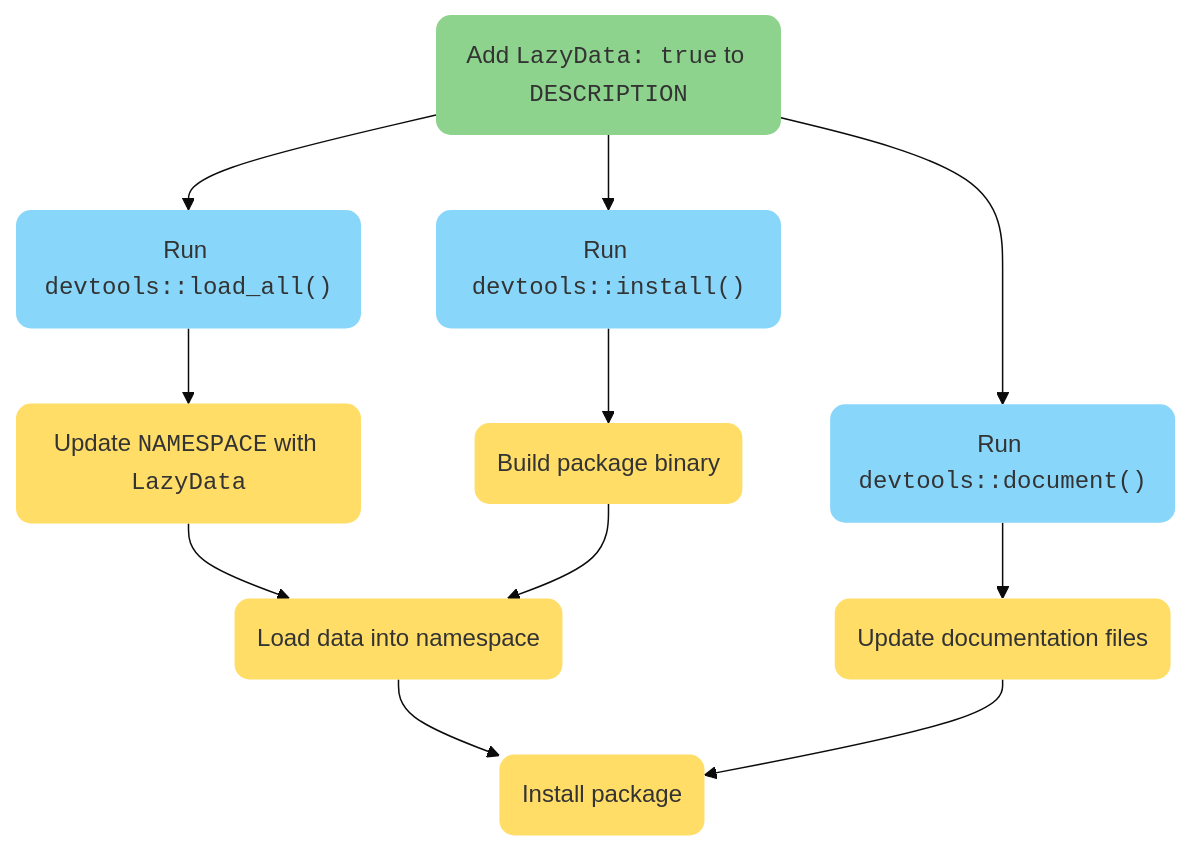
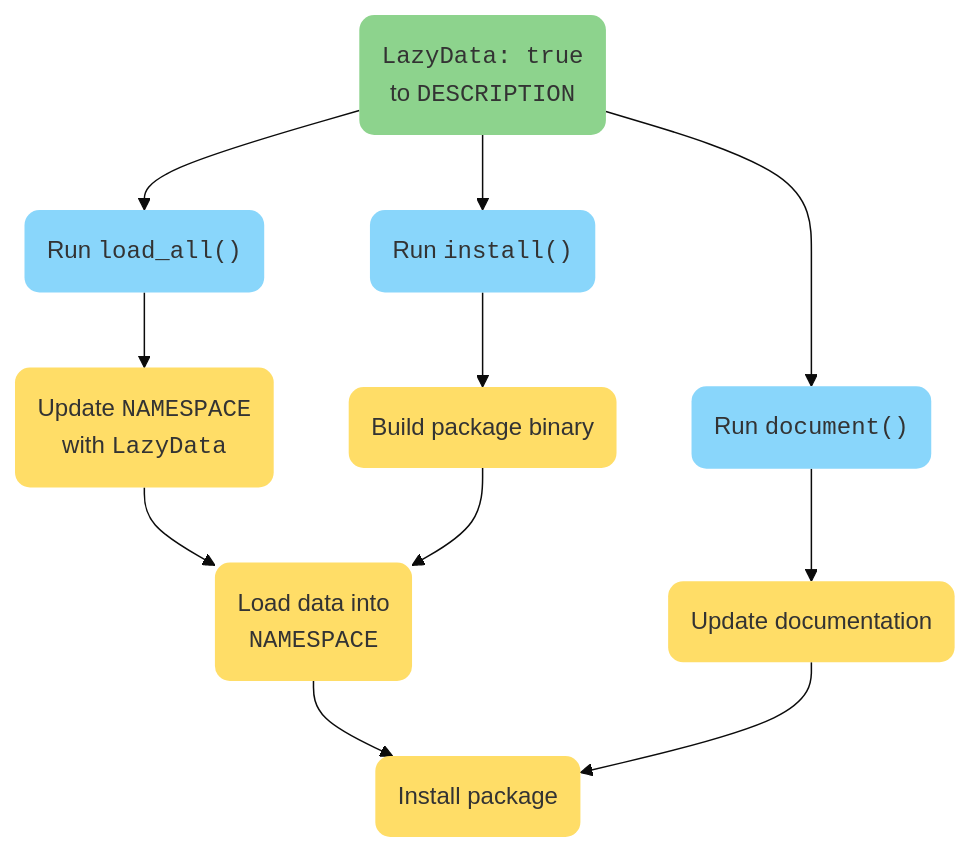
Before and after one commit to mjfrigaard/shiny-app-pkgs: the diagram in data.qmd, drawn with Mermaid. The commit also changed other lines of this file and 23 other files, not shown here.

````diff
--- a/data.qmd
+++ b/data.qmd
@@ -210,38 +210,40 @@
 ```{mermaid}
-%%| fig-width: 6.5
 %%| fig-align: center
-%%| fig-cap: 'Adding `LazyData: true` to the `DESCRIPTION` file'
-%%{init: {'theme': 'base', 'themeVariables': { 'fontFamily': 'Inconsolata'}}}%%
+%%| fig-cap: 'LazyData field in the DESCRIPTION file'
+%%{init: {'theme': 'base', 'themeVariables': { 'fontFamily': 'monospace', 'primaryColor': '#33a02c', 'edgeLabelBackground':'#02577A'}}}%%
 
-flowchart TD
-  AddLazyData("Add <code>LazyData: true</code> to <code>DESCRIPTION</code>")
-  LoadAll("Run <code>devtools::load_all()</code>")
-  Document("Run <code>devtools::document()</code>")
-  Install("Run <code>devtools::install()</code>")
-  UpdateNamespace("Update <code>NAMESPACE</code> with <code>LazyData</code>")
+flowchart
+  AddLazyData("<code>LazyData: true</code>
+              to <code>DESCRIPTION</code>")
+  LoadAll("Run <code>load_all()</code>")
+  Document("Run <code>document()</code>")
+  Install("Run <code>install()</code>")
+  UpdateNamespace("Update <code>NAMESPACE</code> 
+                   with <code>LazyData</code>")
   BuildBinary("Build package binary")
-  LoadData("Load data into namespace")
-  UpdateDocs("Update documentation files")
+  LoadData("Load data into 
+            <code>NAMESPACE</code>")
+  UpdateDocs("Update documentation")
   InstallPackage("Install package")
 
   AddLazyData --> LoadAll
   AddLazyData --> Document
   AddLazyData --> Install
   LoadAll --> UpdateNamespace
   UpdateNamespace --> LoadData
   Document --> UpdateDocs
   Install --> BuildBinary
   BuildBinary --> LoadData
   LoadData --> InstallPackage
   UpdateDocs --> InstallPackage
   
   style AddLazyData fill:#8dd38d,stroke:none,rx:10,ry:10;
   style LoadAll fill:#89D6FB,stroke:none,rx:10,ry:10;
   style Document fill:#89D6FB,stroke:none,rx:10,ry:10;
   style Install fill:#89D6FB,stroke:none,rx:10,ry:10;
   style UpdateNamespace fill:#FFDD67,stroke:none,rx:10,ry:10;
   style BuildBinary fill:#FFDD67,stroke:none,rx:10,ry:10;
   style LoadData fill:#FFDD67,stroke:none,rx:10,ry:10;
   style UpdateDocs fill:#FFDD67,stroke:none,rx:10,ry:10;
   style InstallPackage fill:#FFDD67,stroke:none,rx:10,ry:10;
 ```
````
